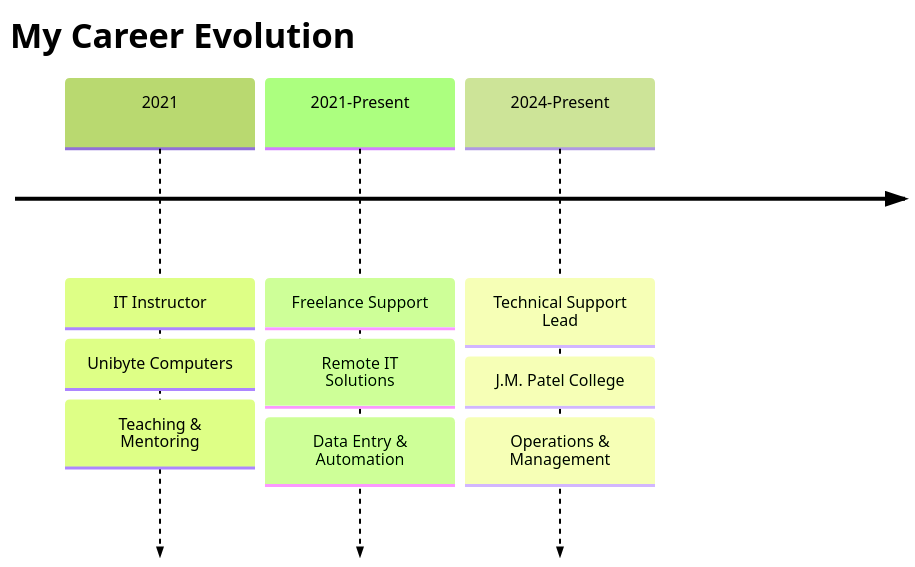
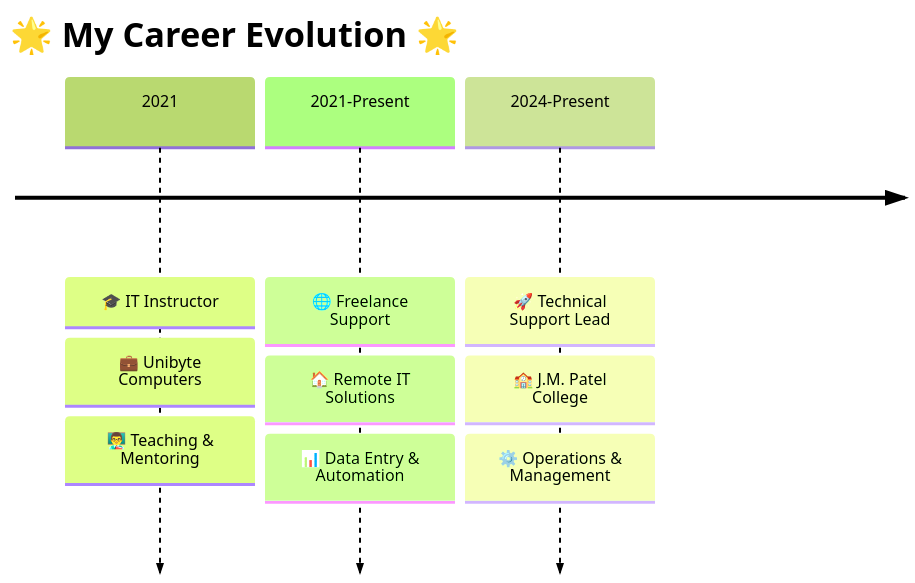
Before and after one commit to saurabh-tiwade/saurabh-tiwade: the diagram in README.md, drawn with Mermaid (forest theme). The commit also changed other lines of this file, not shown here.

````diff
--- a/README.md
+++ b/README.md
@@ -34,13 +64,13 @@
 ```mermaid
 timeline
-    title My Career Evolution
-    2021 : IT Instructor
-         : Unibyte Computers
-         : Teaching & Mentoring
-    2021-Present : Freelance Support
-                 : Remote IT Solutions
-                 : Data Entry & Automation
-    2024-Present : Technical Support Lead
-                 : J.M. Patel College
-                 : Operations & Management
+    title 🌟 My Career Evolution 🌟
+    2021 : 🎓 IT Instructor
+         : 💼 Unibyte Computers
+         : 👨‍🏫 Teaching & Mentoring
+    2021-Present : 🌐 Freelance Support
+                 : 🏠 Remote IT Solutions
+                 : 📊 Data Entry & Automation
+    2024-Present : 🚀 Technical Support Lead
+                 : 🏫 J.M. Patel College
+                 : ⚙️ Operations & Management
 ```
````
